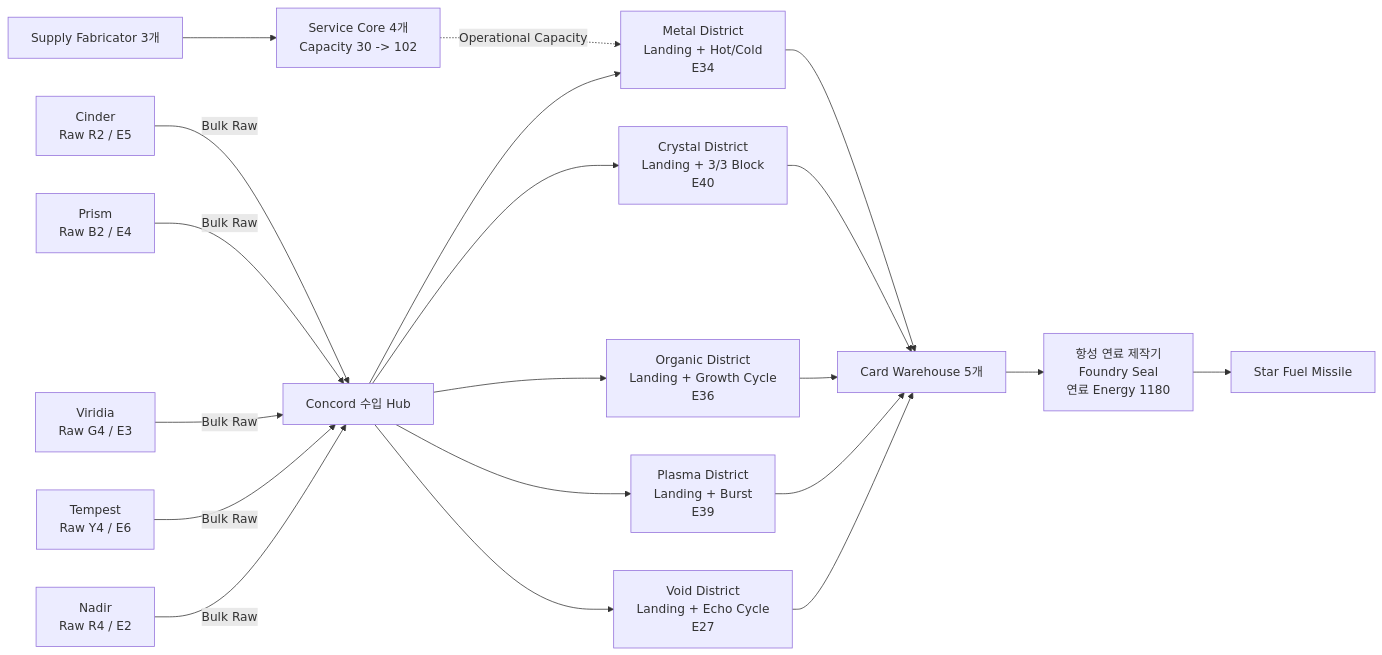
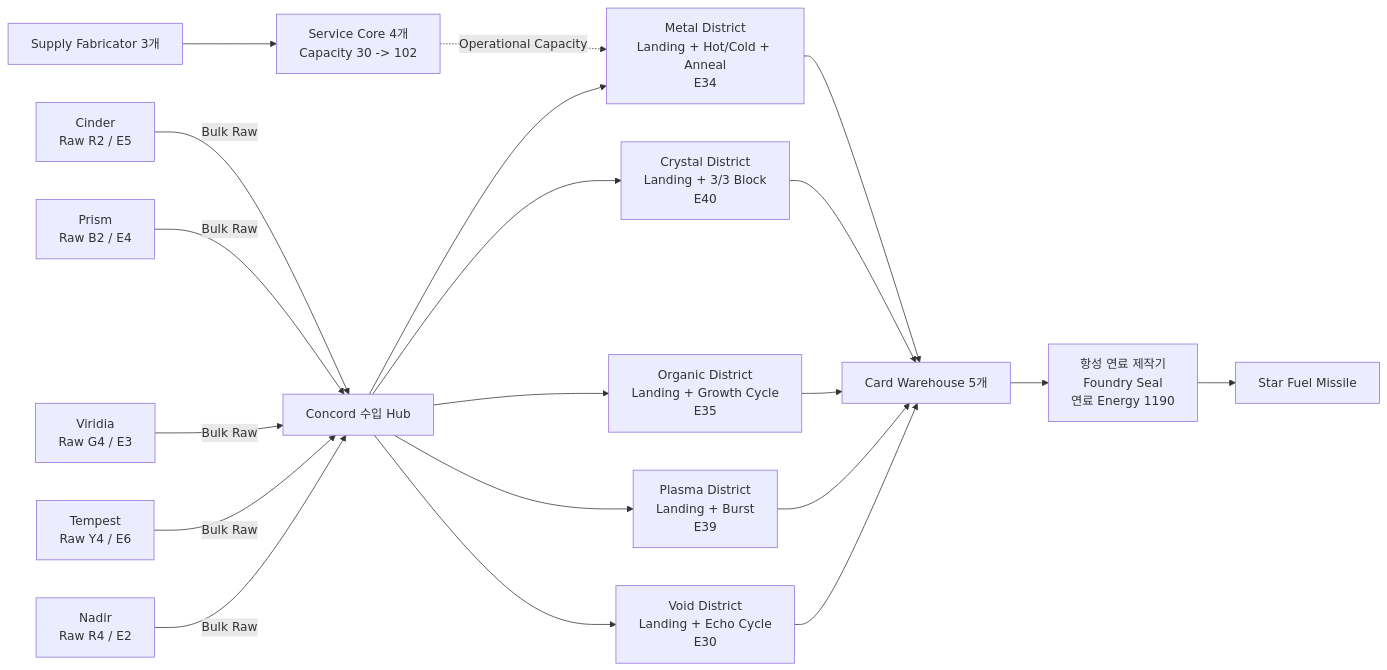
The second of 3 diagrams in Docs/AutomationLineReferenceRun.md (TeamCOZI/StarRovers), drawn with Mermaid before and after one commit. The commit also changed other lines of this file and 362 other files, not shown here.

````diff
--- a/Docs/AutomationLineReferenceRun.md
+++ b/Docs/AutomationLineReferenceRun.md
@@ -453,25 +520,25 @@
 ```mermaid
 flowchart LR
     M["Cinder<br/>Raw R2 / E5"] -->|"Bulk Raw"| H["Concord 수입 Hub"]
     C["Prism<br/>Raw B2 / E4"] -->|"Bulk Raw"| H
     O["Viridia<br/>Raw G4 / E3"] -->|"Bulk Raw"| H
     P["Tempest<br/>Raw Y4 / E6"] -->|"Bulk Raw"| H
     V["Nadir<br/>Raw R4 / E2"] -->|"Bulk Raw"| H
 
-    H --> MD["Metal District<br/>Landing + Hot/Cold<br/>E34"]
+    H --> MD["Metal District<br/>Landing + Hot/Cold + Anneal<br/>E34"]
     H --> CD["Crystal District<br/>Landing + 3/3 Block<br/>E40"]
-    H --> OD["Organic District<br/>Landing + Growth Cycle<br/>E36"]
+    H --> OD["Organic District<br/>Landing + Growth Cycle<br/>E35"]
     H --> PD["Plasma District<br/>Landing + Burst<br/>E39"]
-    H --> VD["Void District<br/>Landing + Echo Cycle<br/>E27"]
+    H --> VD["Void District<br/>Landing + Echo Cycle<br/>E30"]
 
     MD --> W["Card Warehouse 5개"]
     CD --> W
     OD --> W
     PD --> W
     VD --> W
 
     SF["Supply Fabricator 3개"] --> SC["Service Core 4개<br/>Capacity 30 -> 102"]
     SC -.->|"Operational Capacity"| MD
-    W --> F["항성 연료 제작기<br/>Foundry Seal<br/>연료 Energy 1180"]
+    W --> F["항성 연료 제작기<br/>Foundry Seal<br/>연료 Energy 1190"]
     F --> L["Star Fuel Missile"]
 ```
````
